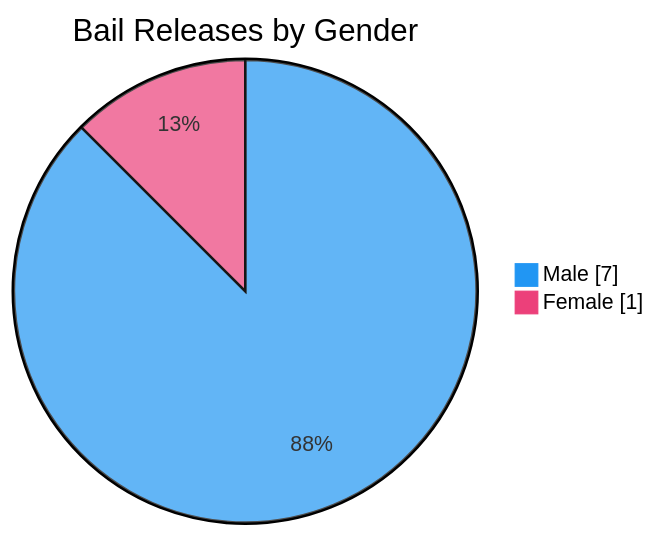
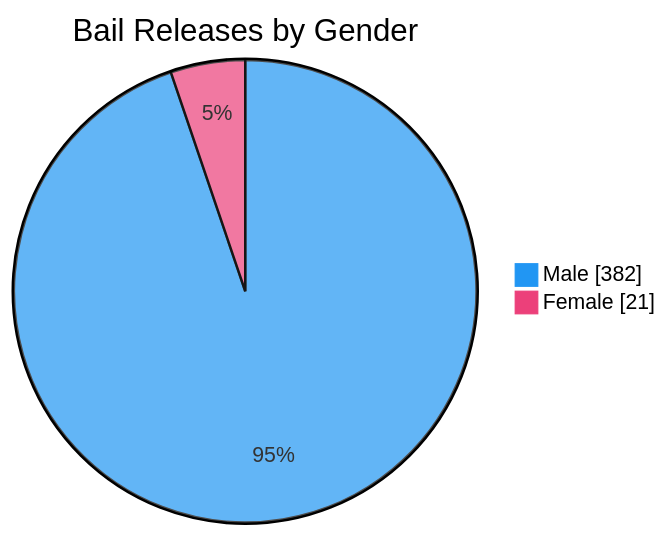
One commit to nuuuwan/lk_prisons changed the seventh of 7 diagrams in README.md. Above: the diagram before and after it, drawn with Mermaid. The commit also changed other lines of this file and 1 other file, not shown here.

````diff
--- a/README.md
+++ b/README.md
@@ -109,6 +109,6 @@
 ```mermaid
 %%{init: {'themeVariables': {'pie1': '#2196F3', 'pie2': '#EC407A'}}}%%
 pie showData title Bail Releases by Gender
-    "Male" : 7
-    "Female" : 1
+    "Male" : 382
+    "Female" : 21
 ```
````
